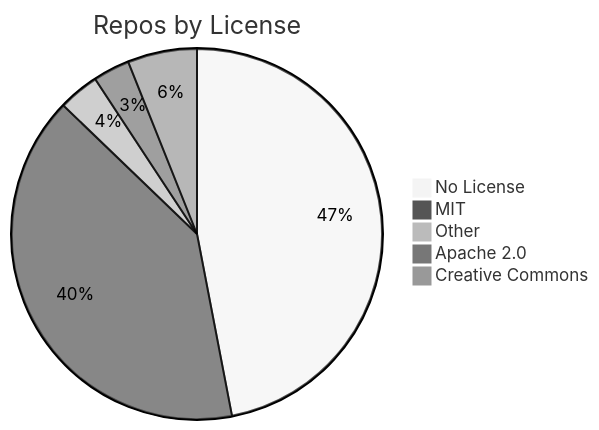
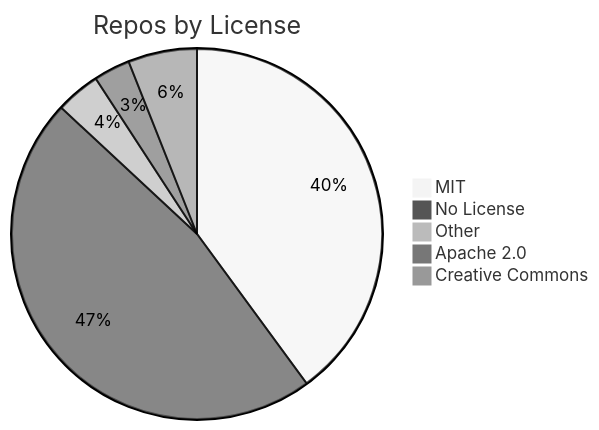
The diagram in README.md (jpatterson933/awesome-mcp-server-repo-index), drawn with Mermaid (neutral theme) before and after one commit. The commit also changed other lines of this file and 3 other files, not shown here.

````diff
--- a/README.md
+++ b/README.md
@@ -29,8 +29,8 @@
 ```mermaid
 pie title Repos by License
-    "No License" : 132
     "MIT" : 113
-    "Other" : 10
+    "No License" : 133
+    "Other" : 11
     "Apache 2.0" : 9
     "Creative Commons" : 17
 ```
````
